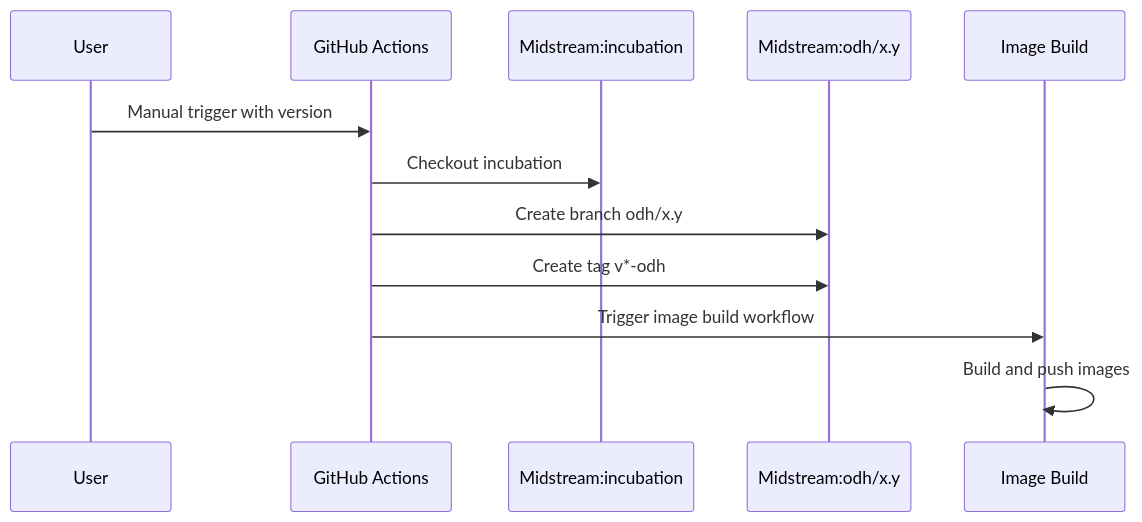
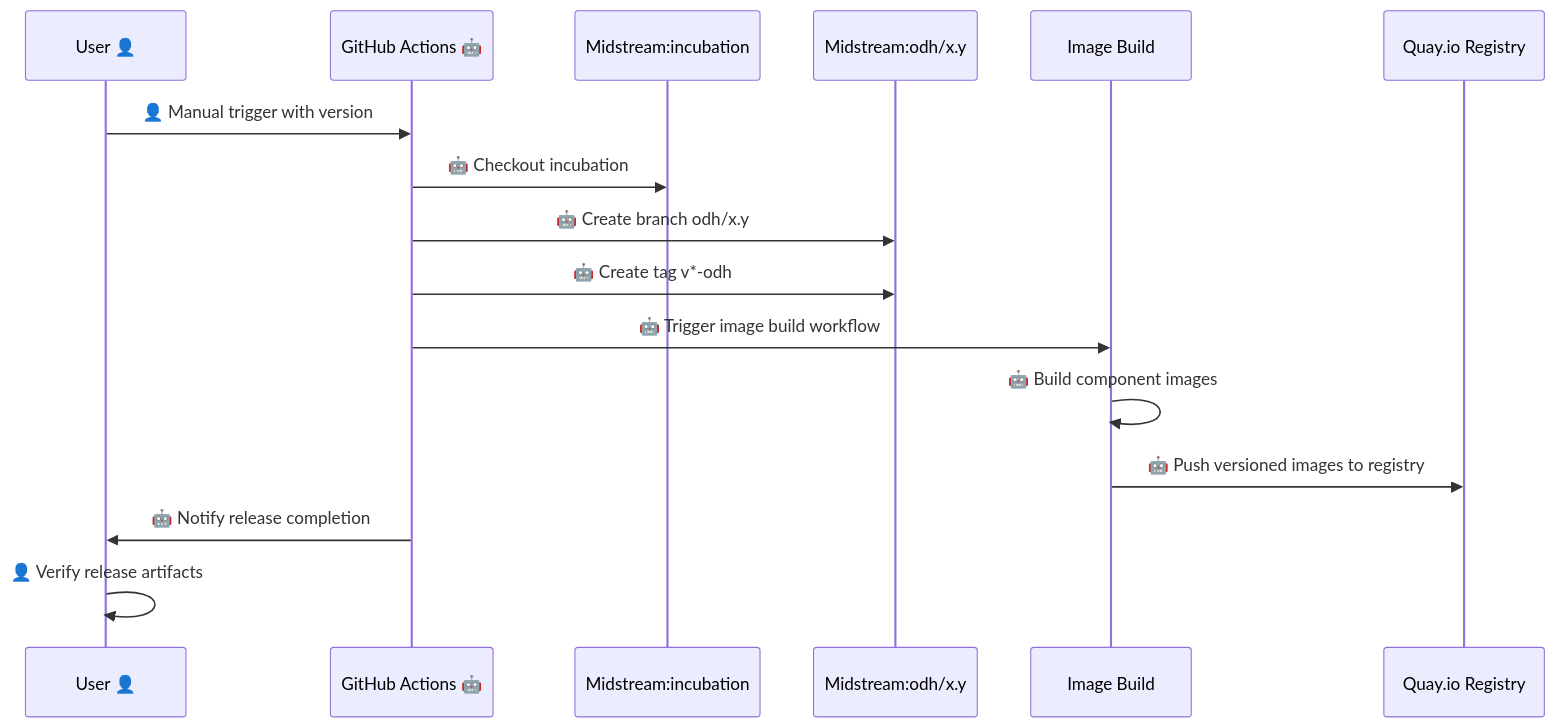
Before and after one commit to trustyai-explainability/community: the seventh of 8 diagrams in adr/ADR-0009-project-workflow.md, drawn with Mermaid. The commit also changed other lines of this file, not shown here.

````diff
--- a/adr/ADR-0009-project-workflow.md
+++ b/adr/ADR-0009-project-workflow.md
@@ -454,15 +459,19 @@
    ```mermaid
    sequenceDiagram
-       participant U as User
-       participant GH as GitHub Actions
+       participant U as User 👤
+       participant GH as GitHub Actions 🤖
        participant I as Midstream:incubation
        participant R as Midstream:odh/x.y
        participant B as Image Build
+       participant Q as Quay.io Registry
 
-       U->>GH: Manual trigger with version
-       GH->>I: Checkout incubation
-       GH->>R: Create branch odh/x.y
-       GH->>R: Create tag v*-odh
-       GH->>B: Trigger image build workflow
-       B->>B: Build and push images
+       U->>GH: 👤 Manual trigger with version
+       GH->>I: 🤖 Checkout incubation
+       GH->>R: 🤖 Create branch odh/x.y
+       GH->>R: 🤖 Create tag v*-odh
+       GH->>B: 🤖 Trigger image build workflow
+       B->>B: 🤖 Build component images
+       B->>Q: 🤖 Push versioned images to registry
+       GH->>U: 🤖 Notify release completion
+       U->>U: 👤 Verify release artifacts
    ```
````
